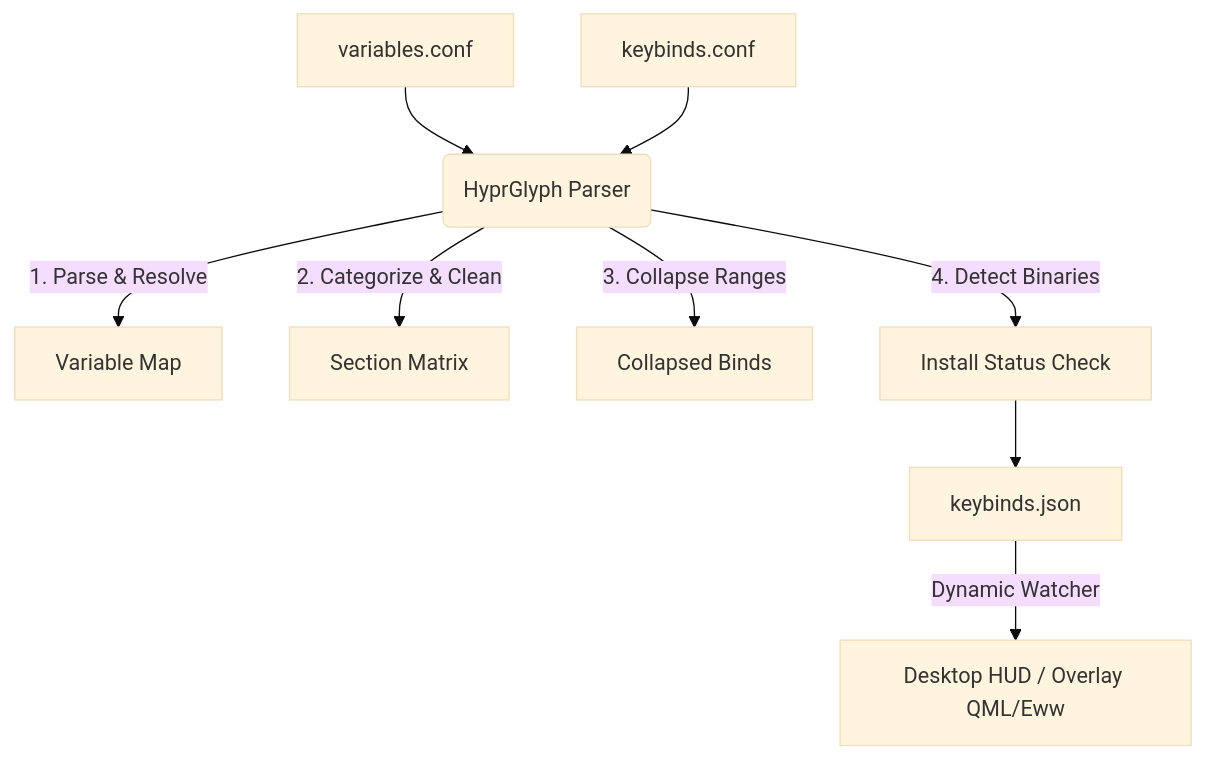
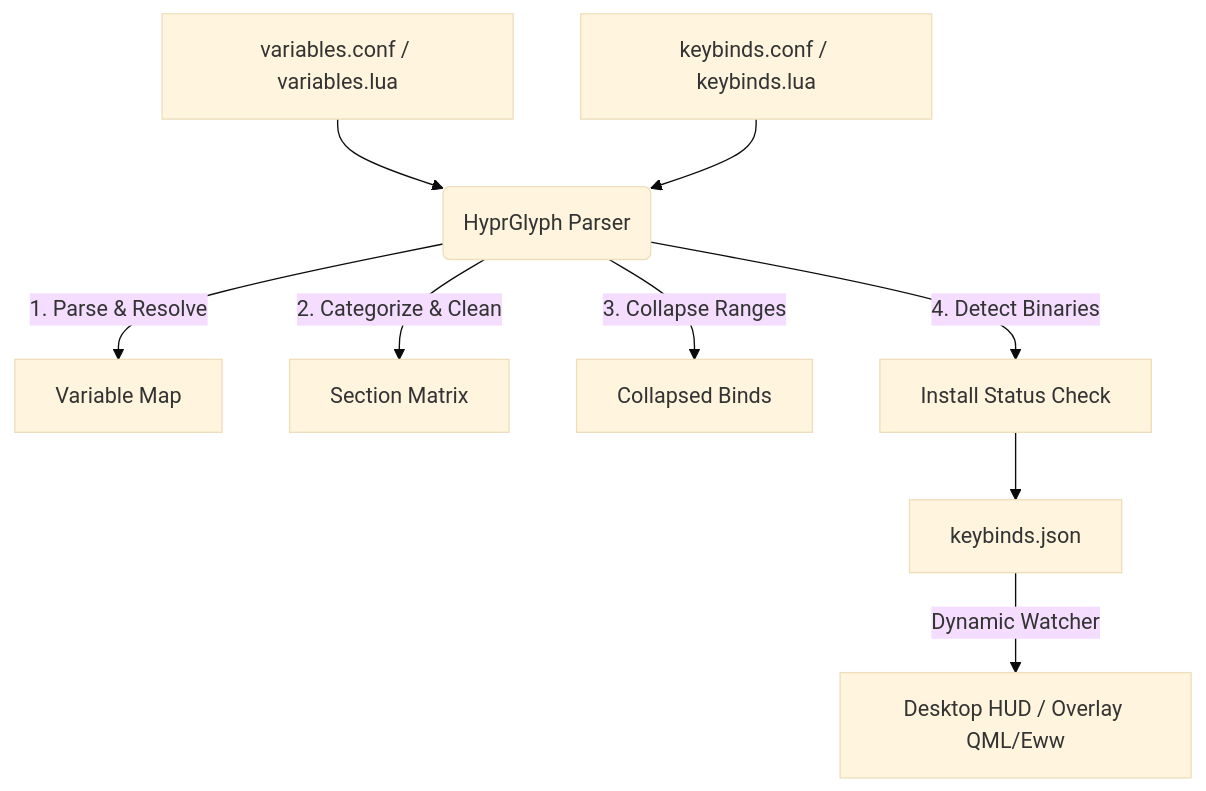
Before and after one commit to Execorn/HyprGlyph: the diagram in README.md, drawn with Mermaid (base theme). The commit also changed other lines of this file and 13 other files, not shown here.

First line of the commit message:
feat(parser): add packaging, CI matrix, Lua hardening, and doc sync

````diff
--- a/README.md
+++ b/README.md
@@ -32,11 +35,11 @@
 ```mermaid
 graph TD
-    A[variables.conf] --> C(HyprGlyph Parser)
-    B[keybinds.conf] --> C
+    A["variables.conf / variables.lua"] --> C(HyprGlyph Parser)
+    B["keybinds.conf / keybinds.lua"] --> C
     C -->|1. Parse & Resolve| D[Variable Map]
     C -->|2. Categorize & Clean| E[Section Matrix]
     C -->|3. Collapse Ranges| F[Collapsed Binds]
     C -->|4. Detect Binaries| G[Install Status Check]
     G --> H[keybinds.json]
     H -->|Dynamic Watcher| I[Desktop HUD / Overlay QML/Eww]
 ```
````
